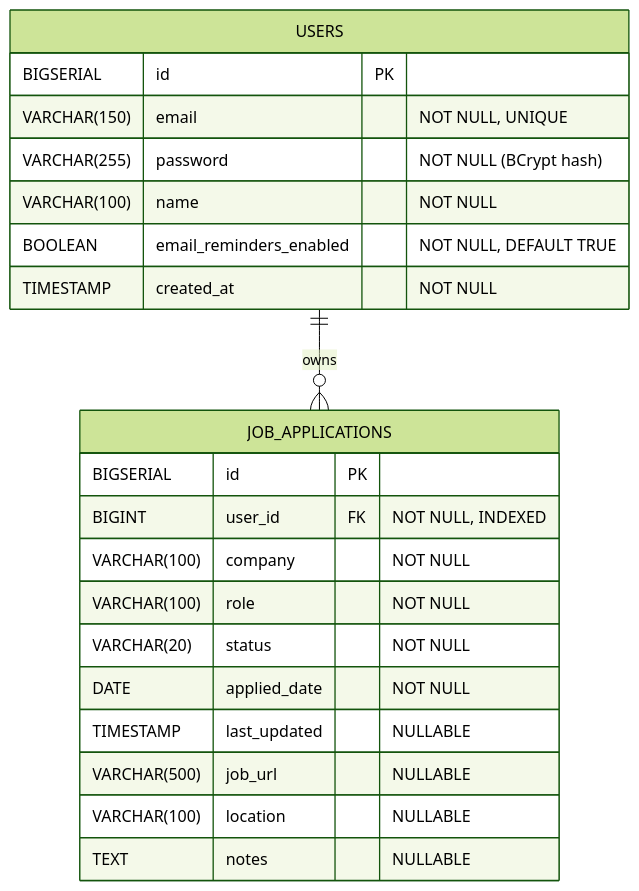
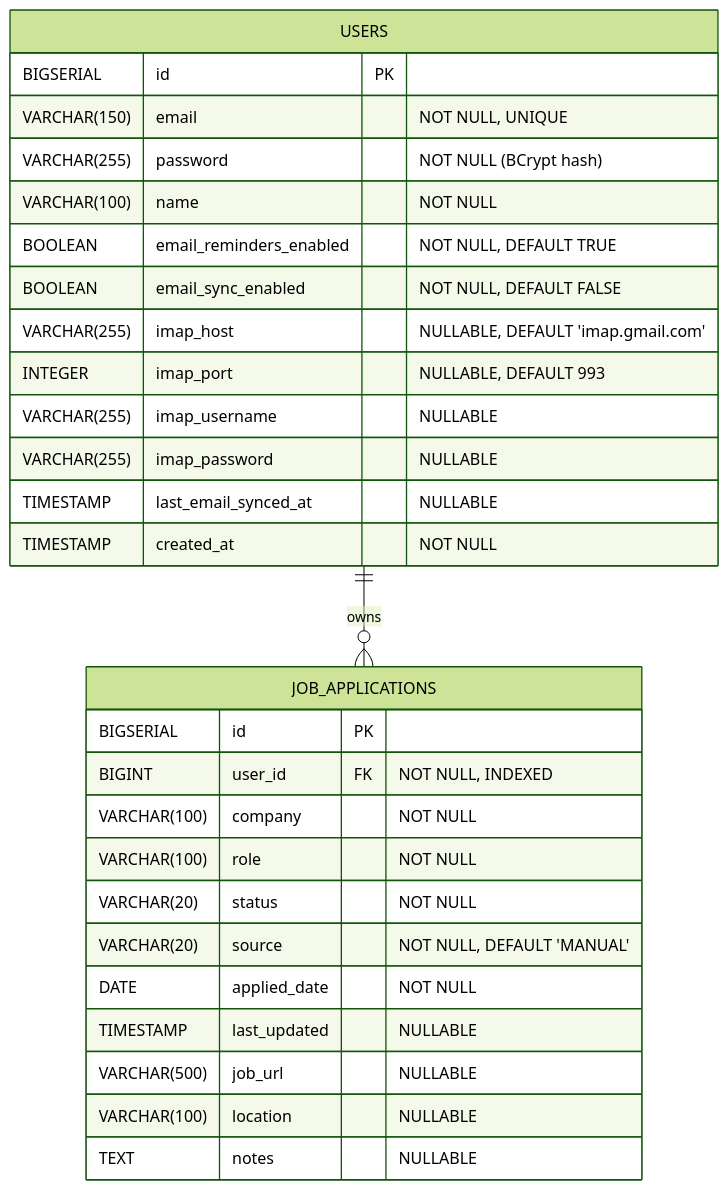
Before and after one commit to pbanakar/huntlog: the sixth of 6 diagrams in docs/ARCHITECTURE.md, drawn with Mermaid (forest theme). The commit also changed other lines of this file and 4 other files, not shown here.

Commit message:
docs: document automated email synchronization architecture, guide, and deployment

````diff
--- a/docs/ARCHITECTURE.md
+++ b/docs/ARCHITECTURE.md
@@ -219,26 +312,33 @@
 ```mermaid
 erDiagram
     USERS ||--o{ JOB_APPLICATIONS : "owns"
     
     USERS {
         BIGSERIAL id PK
         VARCHAR(150) email "NOT NULL, UNIQUE"
         VARCHAR(255) password "NOT NULL (BCrypt hash)"
         VARCHAR(100) name "NOT NULL"
         BOOLEAN email_reminders_enabled "NOT NULL, DEFAULT TRUE"
+        BOOLEAN email_sync_enabled "NOT NULL, DEFAULT FALSE"
+        VARCHAR(255) imap_host "NULLABLE, DEFAULT 'imap.gmail.com'"
+        INTEGER imap_port "NULLABLE, DEFAULT 993"
+        VARCHAR(255) imap_username "NULLABLE"
+        VARCHAR(255) imap_password "NULLABLE"
+        TIMESTAMP last_email_synced_at "NULLABLE"
         TIMESTAMP created_at "NOT NULL"
     }
 
     JOB_APPLICATIONS {
         BIGSERIAL id PK
         BIGINT user_id FK "NOT NULL, INDEXED"
         VARCHAR(100) company "NOT NULL"
         VARCHAR(100) role "NOT NULL"
         VARCHAR(20) status "NOT NULL"
+        VARCHAR(20) source "NOT NULL, DEFAULT 'MANUAL'"
         DATE applied_date "NOT NULL"
         TIMESTAMP last_updated "NULLABLE"
         VARCHAR(500) job_url "NULLABLE"
         VARCHAR(100) location "NULLABLE"
         TEXT notes "NULLABLE"
     }
 ```
````
